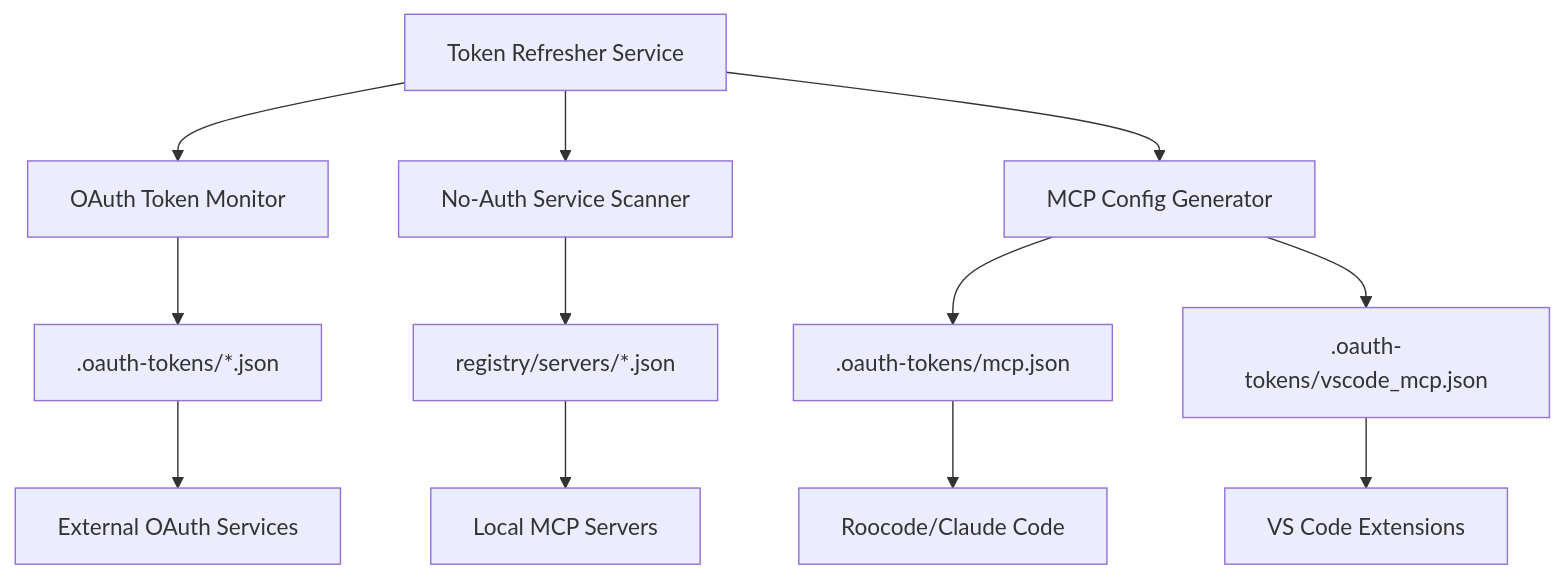
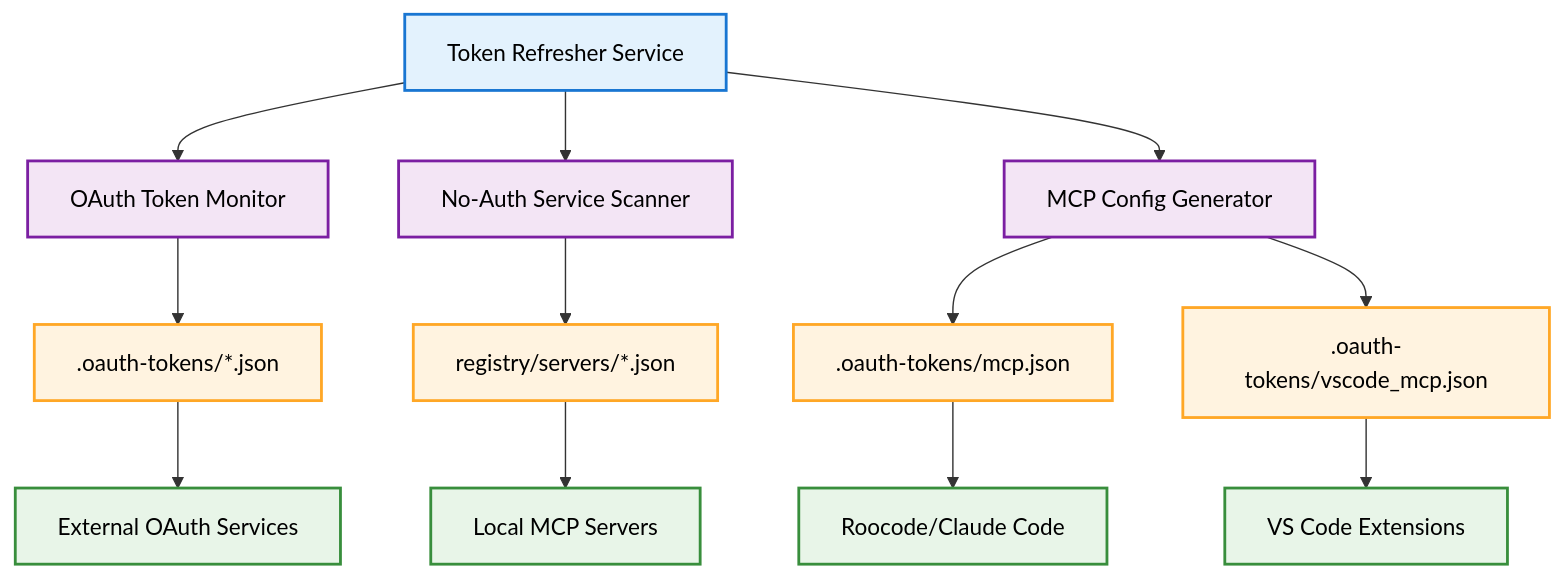
One commit to jrmatherly/mcp-registry-gateway changed the first of 2 diagrams in docs/token-refresh-service.md. Above: the diagram before and after it, drawn with Mermaid. The commit also changed 35 other files, not shown here.

````diff
--- a/docs/token-refresh-service.md
+++ b/docs/token-refresh-service.md
@@ -17,16 +17,27 @@
 ```mermaid
 graph TB
     A[Token Refresher Service] --> B[OAuth Token Monitor]
     A --> C[No-Auth Service Scanner]
     A --> D[MCP Config Generator]
 
     B --> E[.oauth-tokens/*.json]
     C --> F[registry/servers/*.json]
     D --> G[.oauth-tokens/mcp.json]
     D --> H[.oauth-tokens/vscode_mcp.json]
 
     E --> I[External OAuth Services]
     F --> J[Local MCP Servers]
     G --> K[Roocode/Claude Code]
     H --> L[VS Code Extensions]
+
+    %% Dark mode text visibility
+    classDef service fill:#e3f2fd,stroke:#1976d2,stroke-width:2px,color:#000
+    classDef component fill:#f3e5f5,stroke:#7b1fa2,stroke-width:2px,color:#000
+    classDef file fill:#fff3e0,stroke:#ffa726,stroke-width:2px,color:#000
+    classDef external fill:#e8f5e8,stroke:#388e3c,stroke-width:2px,color:#000
+
+    class A service
+    class B,C,D component
+    class E,F,G,H file
+    class I,J,K,L external
 ```
````
